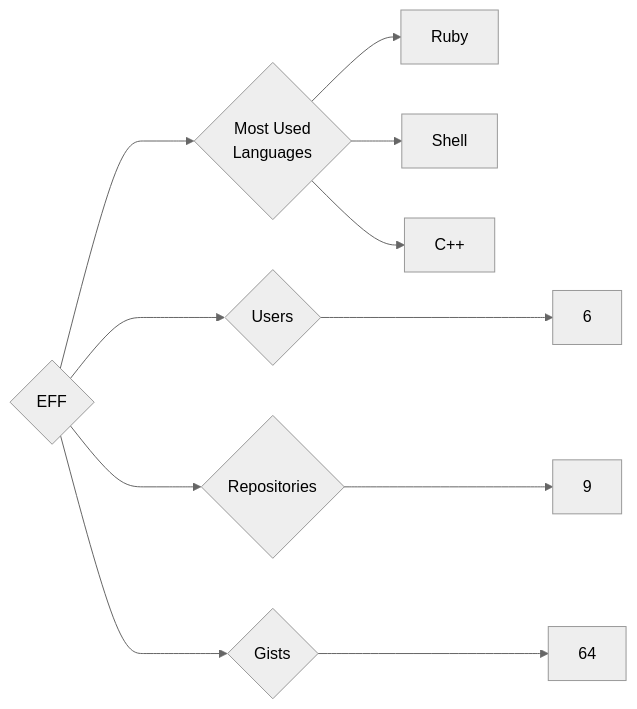
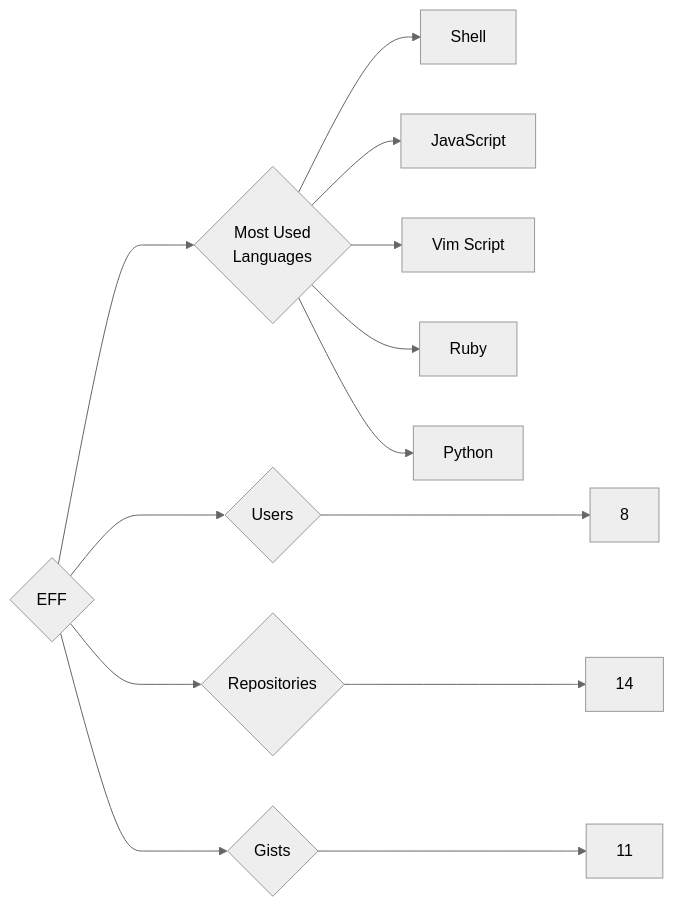
Before and after one commit to trickest/insiders: the diagram in targets/EFF/README.md, drawn with Mermaid (neutral theme). The commit also changed 594 other files, not shown here.

````diff
--- a/targets/EFF/README.md
+++ b/targets/EFF/README.md
@@ -3,11 +3,13 @@
 ```mermaid
 graph LR
 COMPANY_NAME{EFF}
-COMPANY_NAME ---> U{Users} ---> UN[6]
-COMPANY_NAME ---> R{Repositories} ---> RN[9]
-COMPANY_NAME ---> G{Gists} ---> GN[64]
+COMPANY_NAME ---> U{Users} ---> UN[8]
+COMPANY_NAME ---> R{Repositories} ---> RN[14]
+COMPANY_NAME ---> G{Gists} ---> GN[11]
 COMPANY_NAME ---> ML{Most Used<br>Languages}
+ML --> Shell[Shell]
+ML --> JavaScript[JavaScript]
+ML --> Vim_Script[Vim Script]
 ML --> Ruby[Ruby]
-ML --> Shell[Shell]
-ML --> C++[C++]
+ML --> Python[Python]
 ```
````
